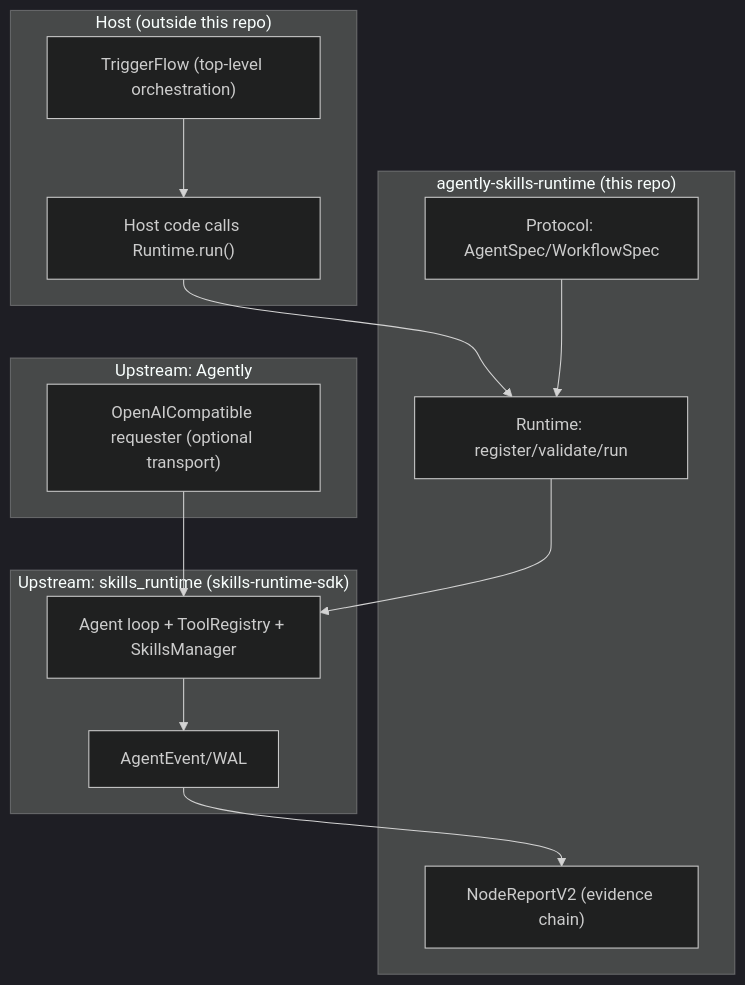
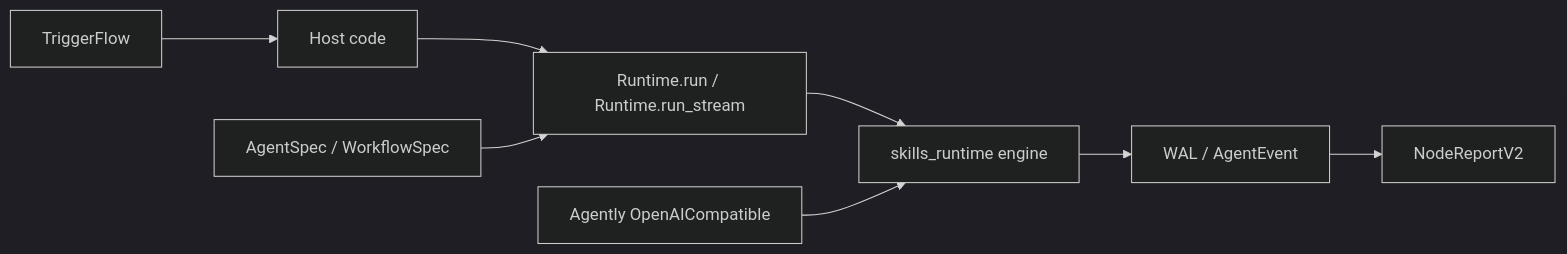
The diagram in README.md (okwinds/capability-runtime), drawn with Mermaid (dark theme) before and after one commit. The commit also changed other lines of this file and 1 other file, not shown here.

Commit message:
docs: harden Mermaid and add Scheme2 diagrams

````diff
--- a/README.md
+++ b/README.md
@@ -61,27 +61,9 @@
 ```mermaid
-flowchart TD
-  subgraph Host["Host (outside this repo)"]
-    TF["TriggerFlow (top-level orchestration)"]
-    APP["Host code calls Runtime.run()"]
-  end
-
-  subgraph BR["agently-skills-runtime (this repo)"]
-    P["Protocol: AgentSpec/WorkflowSpec"]
-    R["Runtime: register/validate/run"]
-    NR["NodeReportV2 (evidence chain)"]
-  end
-
-  subgraph U1["Upstream: Agently"]
-    AGT["OpenAICompatible requester (optional transport)"]
-  end
-
-  subgraph U2["Upstream: skills_runtime (skills-runtime-sdk)"]
-    SDK["Agent loop + ToolRegistry + SkillsManager"]
-    EVT["AgentEvent/WAL"]
-  end
-
-  TF --> APP --> R
-  P --> R
-  R --> SDK --> EVT --> NR
-  AGT --> SDK
+flowchart LR
+  TF[TriggerFlow] --> APP[Host code]
+  APP --> R[Runtime.run / Runtime.run_stream]
+  P[AgentSpec / WorkflowSpec] --> R
+  R --> SDK[skills_runtime engine]
+  AGT[Agently OpenAICompatible] --> SDK
+  SDK --> EVT[WAL / AgentEvent] --> NR[NodeReportV2]
 ```
````
